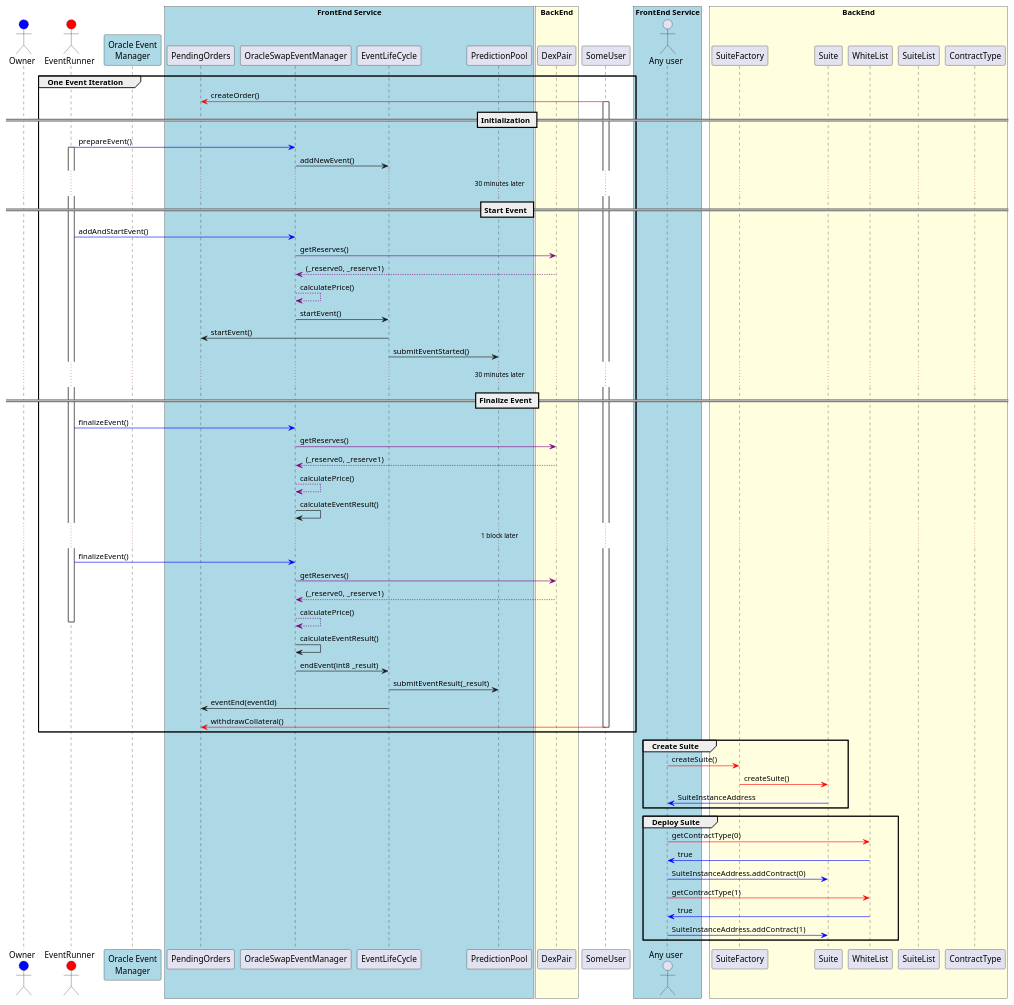
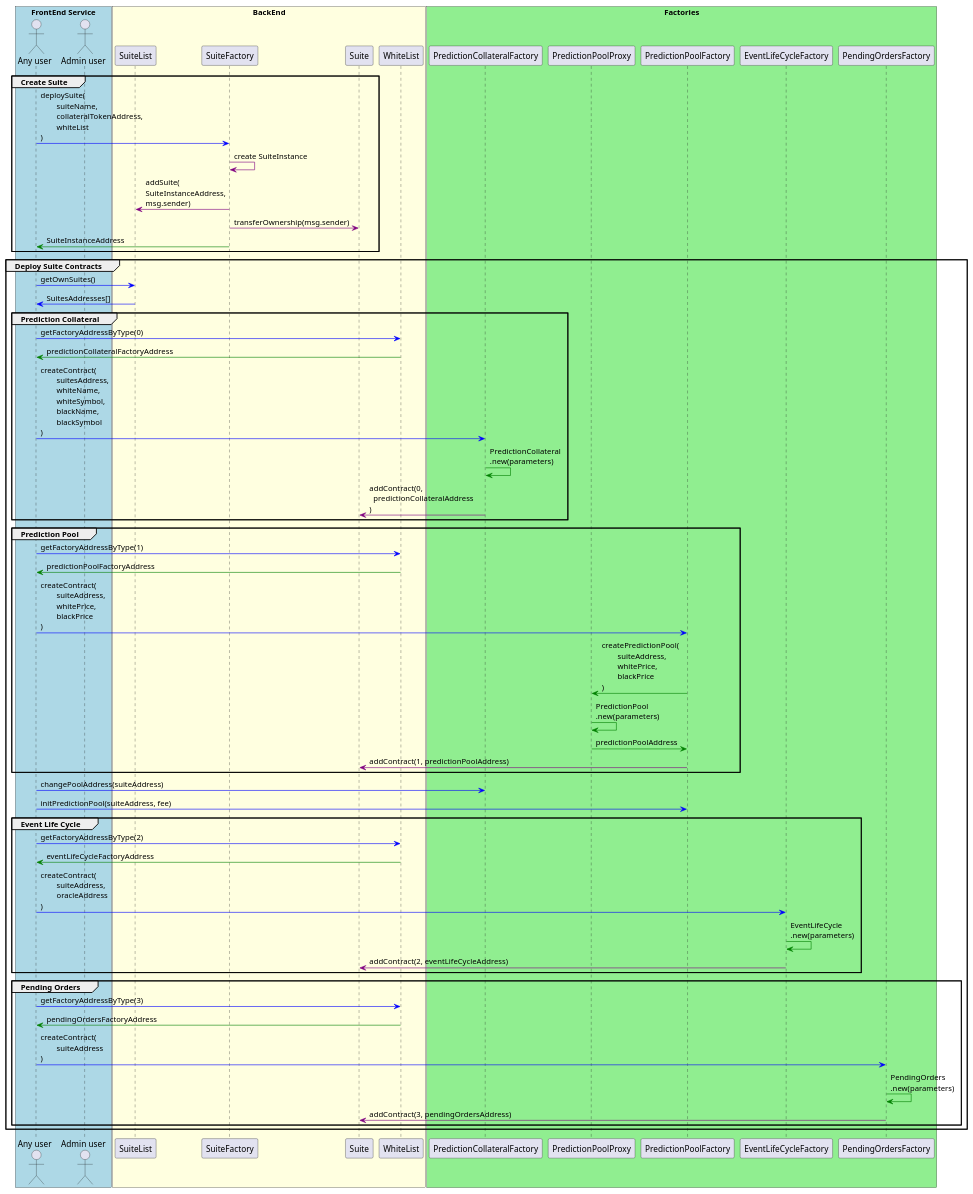
One commit to yurivin/polars_contracts changed the diagram in docs/FactoriesDiagram.puml. Above: the diagram before and after it, drawn with PlantUML.

Commit message:
Fix diagrams

```diff
--- a/docs/FactoriesDiagram.puml
+++ b/docs/FactoriesDiagram.puml
@@ -1,107 +1,74 @@
 @startuml
 
-actor Owner as owner #blue
-actor EventRunner #red
+box "FrontEnd Service" #LightBlue
 actor "Any user" as user
-participant "Oracle Event\nManager" as oem #LightBlue
-
-box "FrontEnd Service" #LightBlue
-participant PendingOrders
-participant OracleSwapEventManager
-participant EventLifeCycle
-participant PredictionPool
+actor "Admin user" as governance
 end box
 
 box "BackEnd" #LightYellow
-participant DexPair
-end box
-
-group One Event Iteration
-SomeUser -[#red]> PendingOrders: createOrder()
-activate SomeUser
-== Initialization ==
-EventRunner -[#blue]> OracleSwapEventManager: prepareEvent()
-activate EventRunner
-OracleSwapEventManager -> EventLifeCycle: addNewEvent()
-...30 minutes later...
-== Start Event ==
-EventRunner -[#blue]> OracleSwapEventManager: addAndStartEvent()
-
-OracleSwapEventManager -[#purple]> DexPair: getReserves()
-DexPair --[#purple]> OracleSwapEventManager: (_reserve0, _reserve1)
-OracleSwapEventManager --[#purple]> OracleSwapEventManager: calculatePrice()
-OracleSwapEventManager -> EventLifeCycle: startEvent()
-EventLifeCycle -> PendingOrders: startEvent()
-
-EventLifeCycle -> PredictionPool: submitEventStarted()
-
-...30 minutes later...
-== Finalize Event ==
-
-
-EventRunner -[#blue]> OracleSwapEventManager: finalizeEvent()
-OracleSwapEventManager -[#purple]> DexPair: getReserves()
-DexPair --[#purple]> OracleSwapEventManager: (_reserve0, _reserve1)
-OracleSwapEventManager --[#purple]> OracleSwapEventManager: calculatePrice()
-OracleSwapEventManager -> OracleSwapEventManager: calculateEventResult()
-
-
-...1 block later...
-EventRunner -[#blue]> OracleSwapEventManager: finalizeEvent()
-OracleSwapEventManager -[#purple]> DexPair: getReserves()
-DexPair --[#purple]> OracleSwapEventManager: (_reserve0, _reserve1)
-OracleSwapEventManager --[#purple]> OracleSwapEventManager: calculatePrice()
-deactivate EventRunner
-OracleSwapEventManager -> OracleSwapEventManager: calculateEventResult()
-OracleSwapEventManager -> EventLifeCycle: endEvent(int8 _result)
-EventLifeCycle -> PredictionPool: submitEventResult(_result)
-EventLifeCycle -> PendingOrders: eventEnd(eventId)
-
-/' OracleSwapEventManager -> ChainlinkAPIConsumer: requestPriceData("BNBUSDT")
-ChainlinkAPIConsumer --> NODE: Chainlink.Request
-NODE --> ChainlinkAPIConsumer: fulfill(_lastPrice)
-OracleSwapEventManager -> ChainlinkAPIConsumer: latestRoundData() '/
-
-
-SomeUser -[#red]> PendingOrders: withdrawCollateral()
-deactivate SomeUser
-end
-/' Alice -> Bob: Another authentication Request
-Alice <-- Bob: another authentication Response '/
-
-
-/'actor Owner as owner #blue
-actor "Any user" as user
-
-actor EventRunner #red
-'/
-
-box "FrontEnd Service" #LightBlue
-/'participant "FrontEnd Service" as fes'/
-actor "Any user" as user
-
-end box
-
-box "BackEnd" #LightYellow
+participant "SuiteList" as sl
 participant "SuiteFactory" as sf
 participant "Suite" as suite
 participant WhiteList as wl
-/'participant "Oracle Event\nManager" as oem'/
-participant "SuiteList" as sl
-participant ContractType
 end box
 
+
+box "Factories" #LightGreen
+participant "PredictionCollateralFactory" as pcf
+participant "PredictionPoolProxy" as ppp
+participant "PredictionPoolFactory" as ppf
+participant "EventLifeCycleFactory" as elcf
+participant "PendingOrdersFactory" as pof
+end box
+
+
 group Create Suite
-user -[#red]> sf: createSuite()
-sf -[#red]> suite: createSuite()
-suite -[#blue]> user: SuiteInstanceAddress
+user -[#blue]> sf: deploySuite(\n\tsuiteName,\n\tcollateralTokenAddress,\n\twhiteList\n)
+sf -[#purple]> sf: create SuiteInstance
+sf -[#purple]> sl: addSuite(\nSuiteInstanceAddress,\nmsg.sender)
+sf -[#purple]> suite: transferOwnership(msg.sender)
+sf -[#green]> user: SuiteInstanceAddress
 end
-group Deploy Suite
-user -[#red]> wl: getContractType(0)
-wl -[#blue]> user: true
-user -[#blue]> suite: SuiteInstanceAddress.addContract(0)
-user -[#red]> wl: getContractType(1)
-wl -[#blue]> user: true
-user -[#blue]> suite: SuiteInstanceAddress.addContract(1)
+group Deploy Suite Contracts
+user -[#blue]> sl: getOwnSuites()
+sl -[#blue]> user: SuitesAddresses[]
+group Prediction Collateral
+user -[#blue]> wl: getFactoryAddressByType(0)
+wl -[#green]> user: predictionCollateralFactoryAddress
+user -[#blue]> pcf: createContract(\n\tsuitesAddress,\n\twhiteName,\n\twhiteSymbol,\n\tblackName,\n\tblackSymbol\n)
+pcf -[#green]> pcf: PredictionCollateral\n.new(parameters)
+pcf -[#purple]> suite: addContract(0,\n  predictionCollateralAddress\n)
+end
+group Prediction Pool
+user -[#blue]> wl: getFactoryAddressByType(1)
+wl -[#green]> user: predictionPoolFactoryAddress
+user -[#blue]> ppf: createContract(\n\tsuiteAddress,\n\twhitePrice,\n\tblackPrice\n)
+ppf -[#green]> ppp: createPredictionPool(\n\tsuiteAddress,\n\twhitePrice,\n\tblackPrice\n)
+ppp -[#green]> ppp: PredictionPool\n.new(parameters)
+ppp -[#green]> ppf: predictionPoolAddress
+ppf -[#purple]> suite: addContract(1, predictionPoolAddress)
+end
+
+
+user -[#blue]> pcf: changePoolAddress(suiteAddress)
+
+user -[#blue]> ppf: initPredictionPool(suiteAddress, fee)
+
+group Event Life Cycle
+user -[#blue]> wl: getFactoryAddressByType(2)
+wl -[#green]> user: eventLifeCycleFactoryAddress
+user -[#blue]> elcf: createContract(\n\tsuiteAddress,\n\toracleAddress\n)
+elcf -[#green]> elcf: EventLifeCycle\n.new(parameters)
+elcf -[#purple]> suite: addContract(2, eventLifeCycleAddress)
+end
+
+group Pending Orders
+user -[#blue]> wl: getFactoryAddressByType(3)
+wl -[#green]> user: pendingOrdersFactoryAddress
+user -[#blue]> pof: createContract(\n\tsuiteAddress\n)
+pof -[#green]> pof: PendingOrders\n.new(parameters)
+pof -[#purple]> suite: addContract(3, pendingOrdersAddress)
+end
+
 end
 @enduml
```
